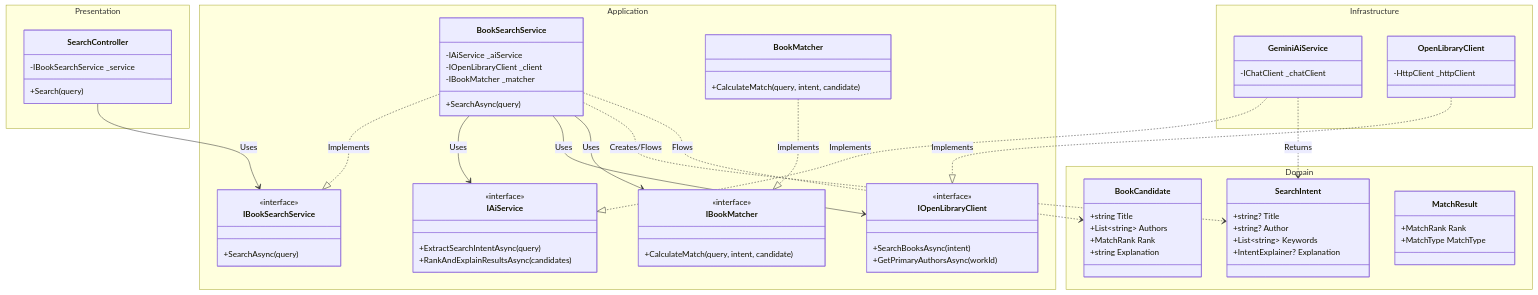
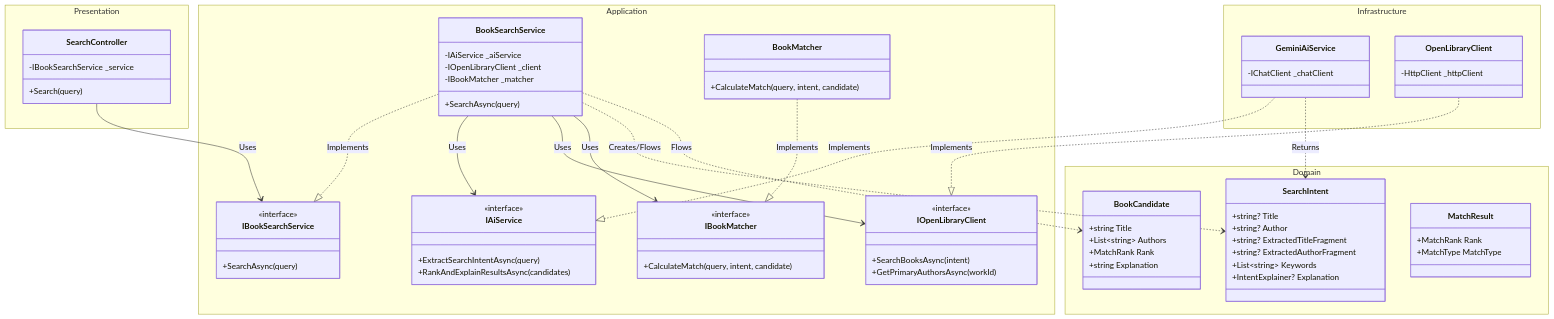
One commit to mauricioal/find-that-book changed the diagram in docs/architecture.md. Above: the diagram before and after it, drawn with Mermaid. The commit also changed 6 other files, not shown here.

```diff
--- a/docs/architecture.md
+++ b/docs/architecture.md
@@ -11,6 +11,8 @@
         class SearchIntent {
             +string? Title
             +string? Author
+            +string? ExtractedTitleFragment
+            +string? ExtractedAuthorFragment
             +List~string~ Keywords
             +IntentExplainer? Explanation
         }
```
